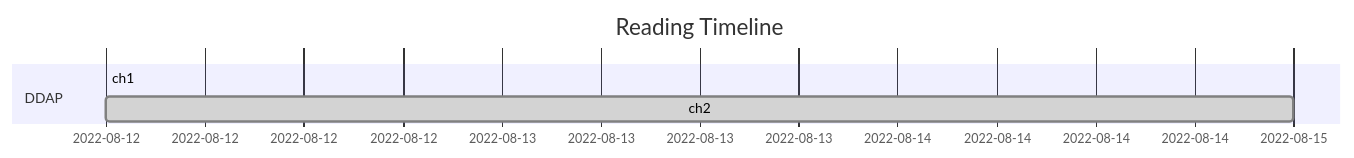
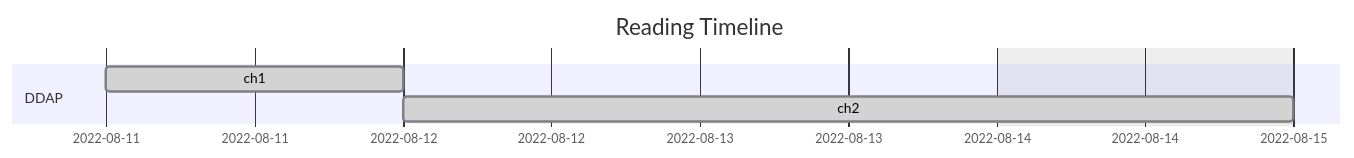
One commit to ywjpanda/Mastering-Bitcoin changed the second of 3 diagrams in README.md. Above: the diagram before and after it, drawn with Mermaid.

````diff
--- a/README.md
+++ b/README.md
@@ -30,10 +30,11 @@
 ```mermaid
 gantt
     todayMarker off
     title Reading Timeline
     dateFormat  YYYY-MM-DD
+    excludes    sunday
     section DDAP
-    ch1 : done, des1, 2022-08-12,2022-08-12
+    ch1 : done, des1, 2022-08-11,2022-08-12
     ch2 : done, des2, 2022-08-12,2022-08-15
 
 ```
````
